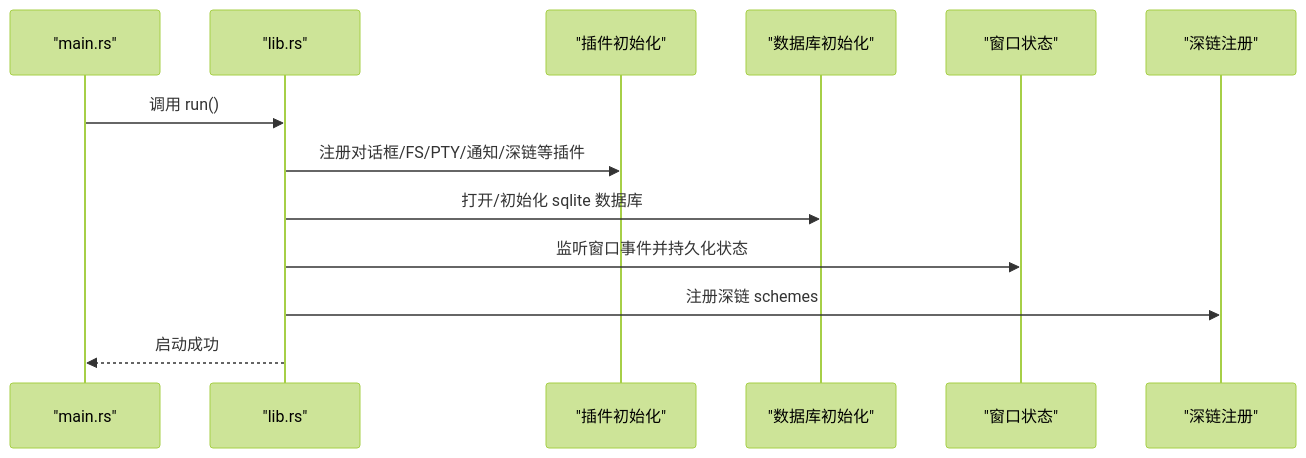
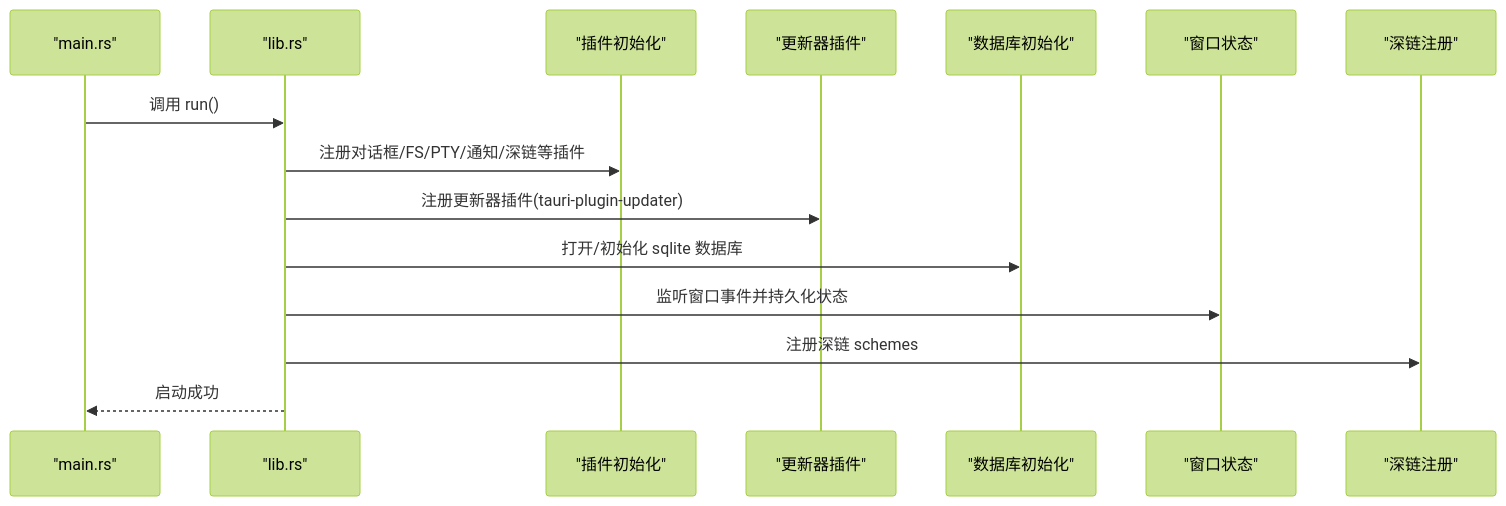
The fourth of 8 diagrams in .qoder/repowiki/zh/content/部署和发布/构建流程.md (RabbitAI-Lab/RabbitCoding), drawn with Mermaid (forest theme) before and after one commit. The commit also changed other lines of this file and 32 other files, not shown here.

````diff
--- a/.qoder/repowiki/zh/content/部署和发布/构建流程.md
+++ b/.qoder/repowiki/zh/content/部署和发布/构建流程.md
@@ -228,15 +263,17 @@
 ```mermaid
 sequenceDiagram
 participant Main as "main.rs"
 participant Lib as "lib.rs"
 participant Plugins as "插件初始化"
+participant UpdaterPlugin as "更新器插件"
 participant DB as "数据库初始化"
 participant Win as "窗口状态"
 participant Deep as "深链注册"
 Main->>Lib : 调用 run()
 Lib->>Plugins : 注册对话框/FS/PTY/通知/深链等插件
+Lib->>UpdaterPlugin : 注册更新器插件(tauri-plugin-updater)
 Lib->>DB : 打开/初始化 sqlite 数据库
 Lib->>Win : 监听窗口事件并持久化状态
 Lib->>Deep : 注册深链 schemes
 Lib-->>Main : 启动成功
 ```
````
